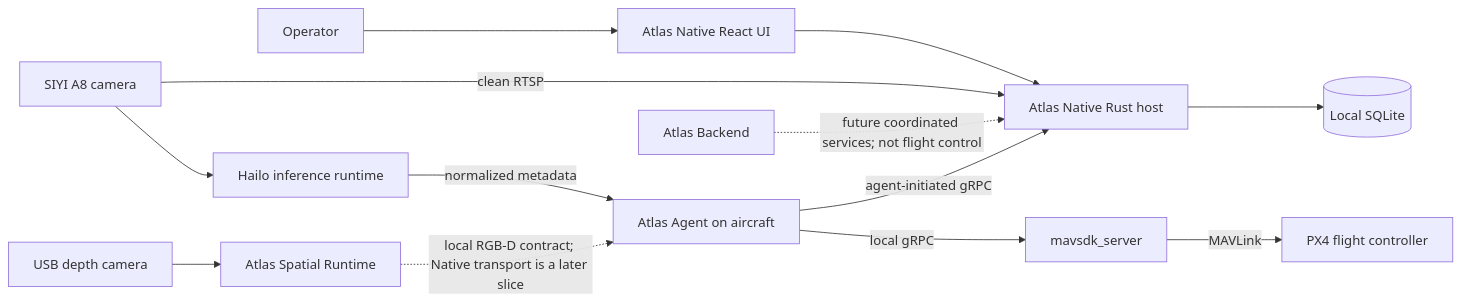
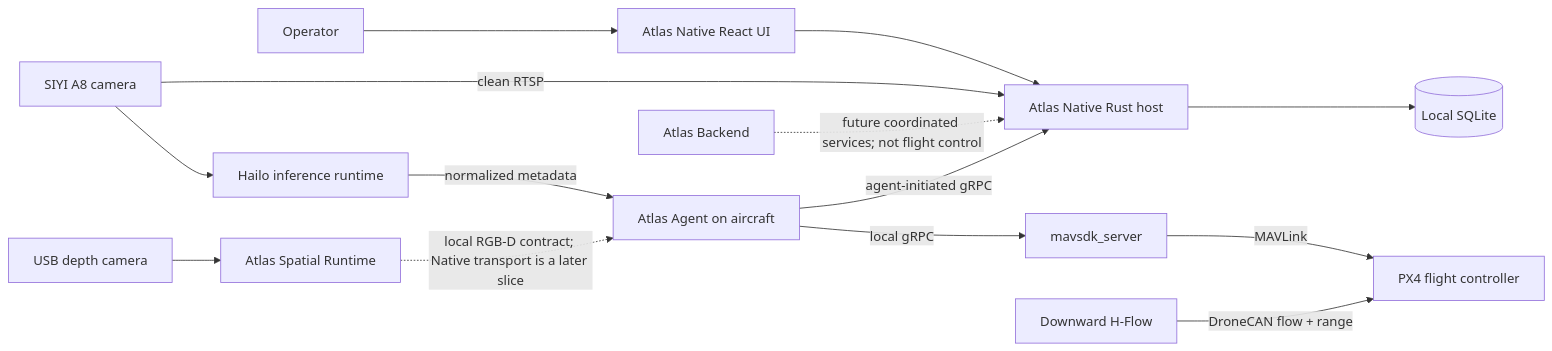
Before and after one commit to mofe64/atlas: the diagram in docs/README.md, drawn with Mermaid. The commit also changed other lines of this file and 8 other files, not shown here.

````diff
--- a/docs/README.md
+++ b/docs/README.md
@@ -11,15 +11,16 @@
 ```mermaid
 flowchart LR
     Operator["Operator"] --> UI["Atlas Native React UI"]
     UI --> Host["Atlas Native Rust host"]
     Host --> SQLite[("Local SQLite")]
     Agent["Atlas Agent on aircraft"] -->|"agent-initiated gRPC"| Host
     Agent -->|"local gRPC"| MAVSDK["mavsdk_server"]
     MAVSDK -->|"MAVLink"| PX4["PX4 flight controller"]
+    HFlow["Downward H-Flow"] -->|"DroneCAN flow + range"| PX4
     Camera["SIYI A8 camera"] -->|"clean RTSP"| Host
     Camera --> Inference["Hailo inference runtime"]
     Inference -->|"normalized metadata"| Agent
     DepthCamera["USB depth camera"] --> Spatial["Atlas Spatial Runtime"]
     Spatial -. "local RGB-D contract; Native transport is a later slice" .-> Agent
     Backend["Atlas Backend"] -. "future coordinated services; not flight control" .-> Host
 ```
````
